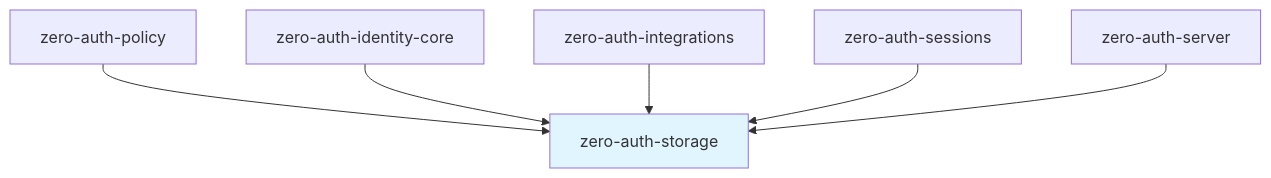
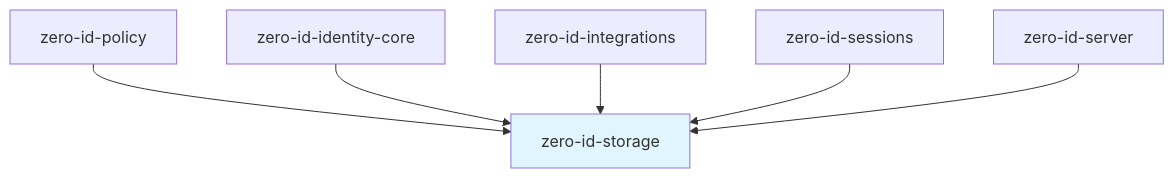
The first of 6 diagrams in docs/spec/v0.1/02-storage.md (cypher-asi/zero-auth), drawn with Mermaid before and after one commit. The commit also changed other lines of this file and 235 other files, not shown here.

Commit message:
refactor: rename zero-auth to zero-id across codebase

````diff
--- a/docs/spec/v0.1/02-storage.md
+++ b/docs/spec/v0.1/02-storage.md
@@ -24,12 +24,12 @@
 ```mermaid
 graph TD
-    STORAGE[zero-auth-storage]
+    STORAGE[zero-id-storage]
     
-    POLICY[zero-auth-policy] --> STORAGE
-    IDENTITY[zero-auth-identity-core] --> STORAGE
-    INTEGRATIONS[zero-auth-integrations] --> STORAGE
-    SESSIONS[zero-auth-sessions] --> STORAGE
-    SERVER[zero-auth-server] --> STORAGE
+    POLICY[zero-id-policy] --> STORAGE
+    IDENTITY[zero-id-identity-core] --> STORAGE
+    INTEGRATIONS[zero-id-integrations] --> STORAGE
+    SESSIONS[zero-id-sessions] --> STORAGE
+    SERVER[zero-id-server] --> STORAGE
     
     style STORAGE fill:#e1f5fe
 ```
````
